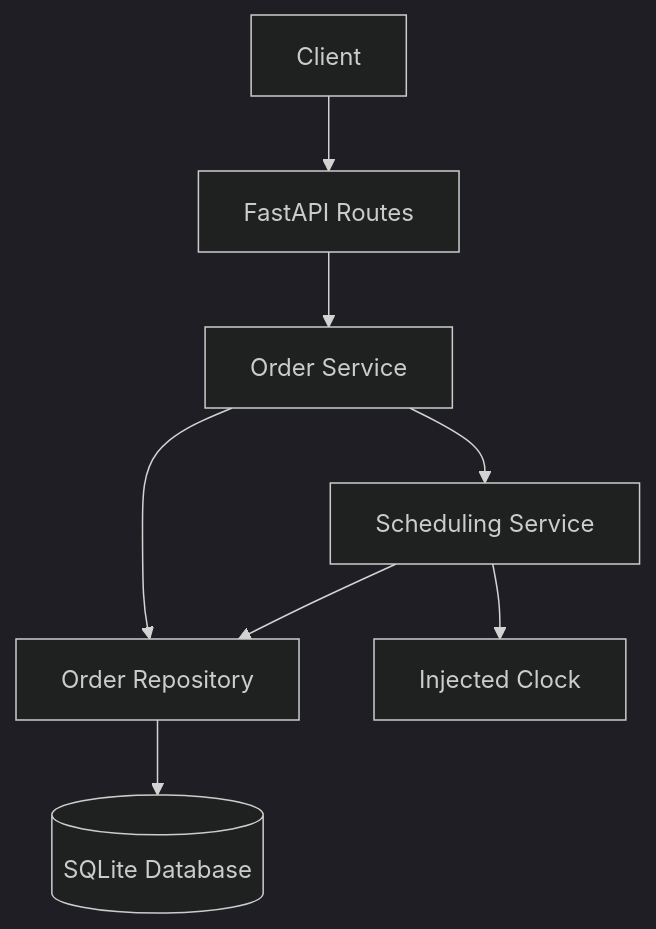
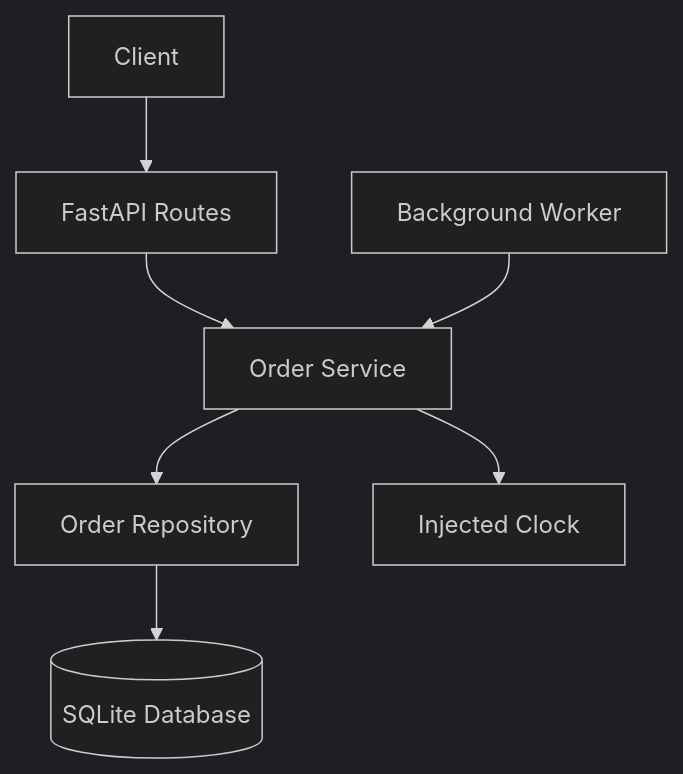
One commit to STan265/MiniDash changed the diagram in docs/design.md. Above: the diagram before and after it, drawn with Mermaid (dark theme). The commit also changed other lines of this file and 10 other files, not shown here.

````diff
--- a/docs/design.md
+++ b/docs/design.md
@@ -84,10 +92,10 @@
 ```mermaid
 flowchart TD
     A[Client] --> B[FastAPI Routes]
     B --> C[Order Service]
-    C --> D[Scheduling Service]
-    C --> E[Order Repository]
-    D --> E
-    E --> F[(SQLite Database)]
-    D --> G[Injected Clock]
+    C --> D[Order Repository]
+    D --> E[(SQLite Database)]
+
+    F[Background Worker] --> C
+    C --> G[Injected Clock]
 ```
````
